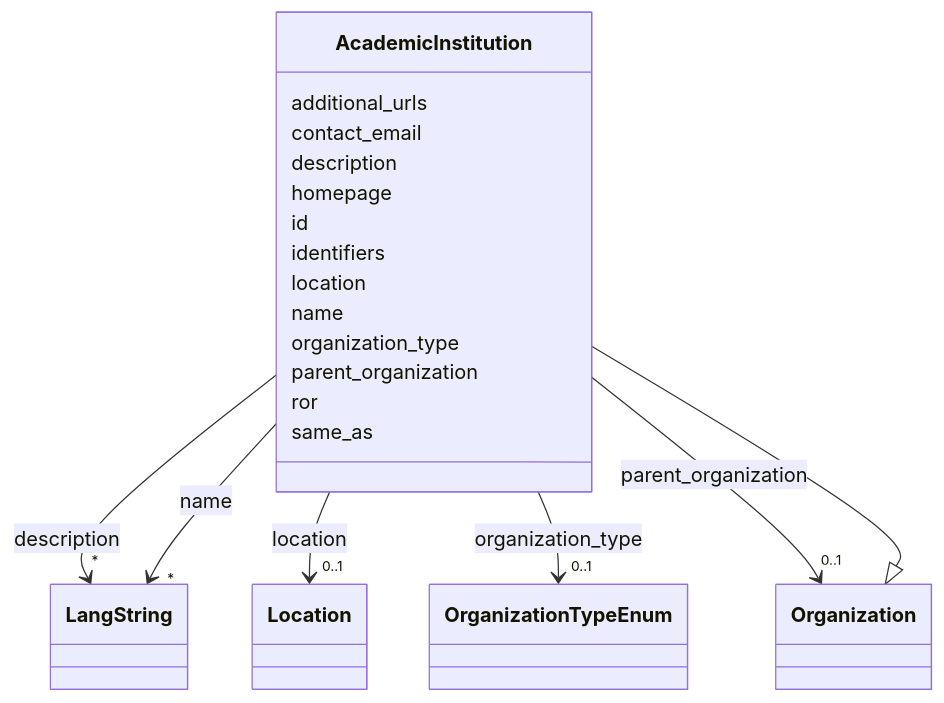
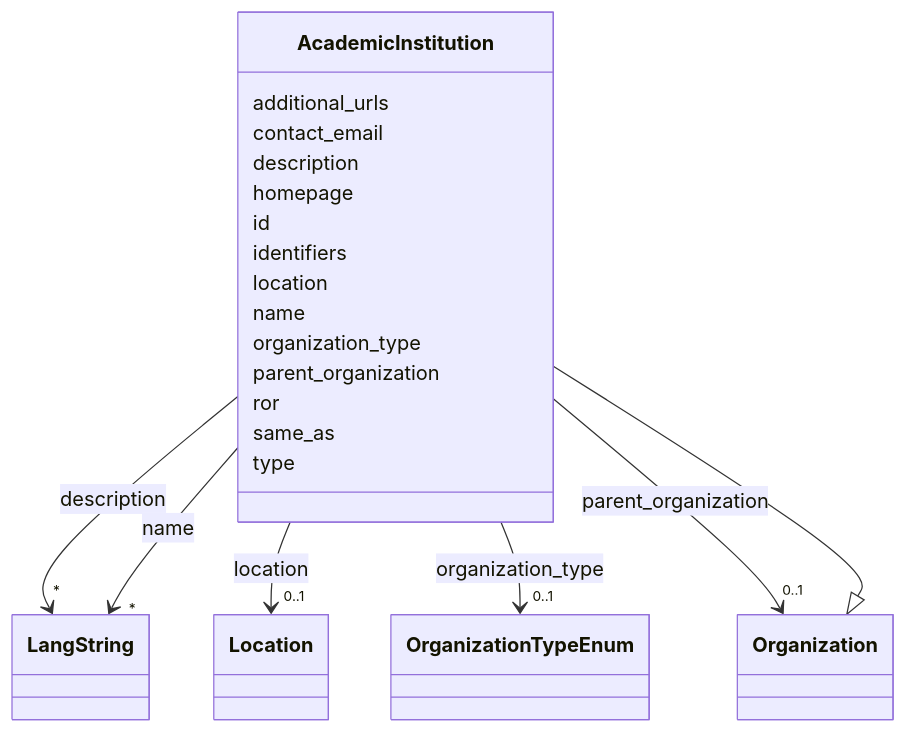
One commit to DARIAH-IL/idhi-manifests changed the diagram in docs/classes/AcademicInstitution.md. Above: the diagram before and after it, drawn with Mermaid. The commit also changed other lines of this file and 26 other files, not shown here.

````diff
--- a/docs/classes/AcademicInstitution.md
+++ b/docs/classes/AcademicInstitution.md
@@ -23,78 +23,80 @@
 ```mermaid
  classDiagram
     class AcademicInstitution
     click AcademicInstitution href "../../classes/AcademicInstitution/"
       Organization <|-- AcademicInstitution
         click Organization href "../../classes/Organization/"
       
       AcademicInstitution : additional_urls
         
       AcademicInstitution : contact_email
         
       AcademicInstitution : description
         
           
     
         
         
         AcademicInstitution --> "*" LangString : description
         click LangString href "../../classes/LangString/"
     
 
         
       AcademicInstitution : homepage
         
       AcademicInstitution : id
         
       AcademicInstitution : identifiers
         
       AcademicInstitution : location
         
           
     
         
         
         AcademicInstitution --> "0..1" Location : location
         click Location href "../../classes/Location/"
     
 
         
       AcademicInstitution : name
         
           
     
         
         
         AcademicInstitution --> "*" LangString : name
         click LangString href "../../classes/LangString/"
     
 
         
       AcademicInstitution : organization_type
         
           
     
         
         
         AcademicInstitution --> "0..1" OrganizationTypeEnum : organization_type
         click OrganizationTypeEnum href "../../enums/OrganizationTypeEnum/"
     
 
         
       AcademicInstitution : parent_organization
         
           
     
         
         
         AcademicInstitution --> "0..1" Organization : parent_organization
         click Organization href "../../classes/Organization/"
     
 
         
       AcademicInstitution : ror
         
       AcademicInstitution : same_as
         
+      AcademicInstitution : type
+        
       
 ```
````
